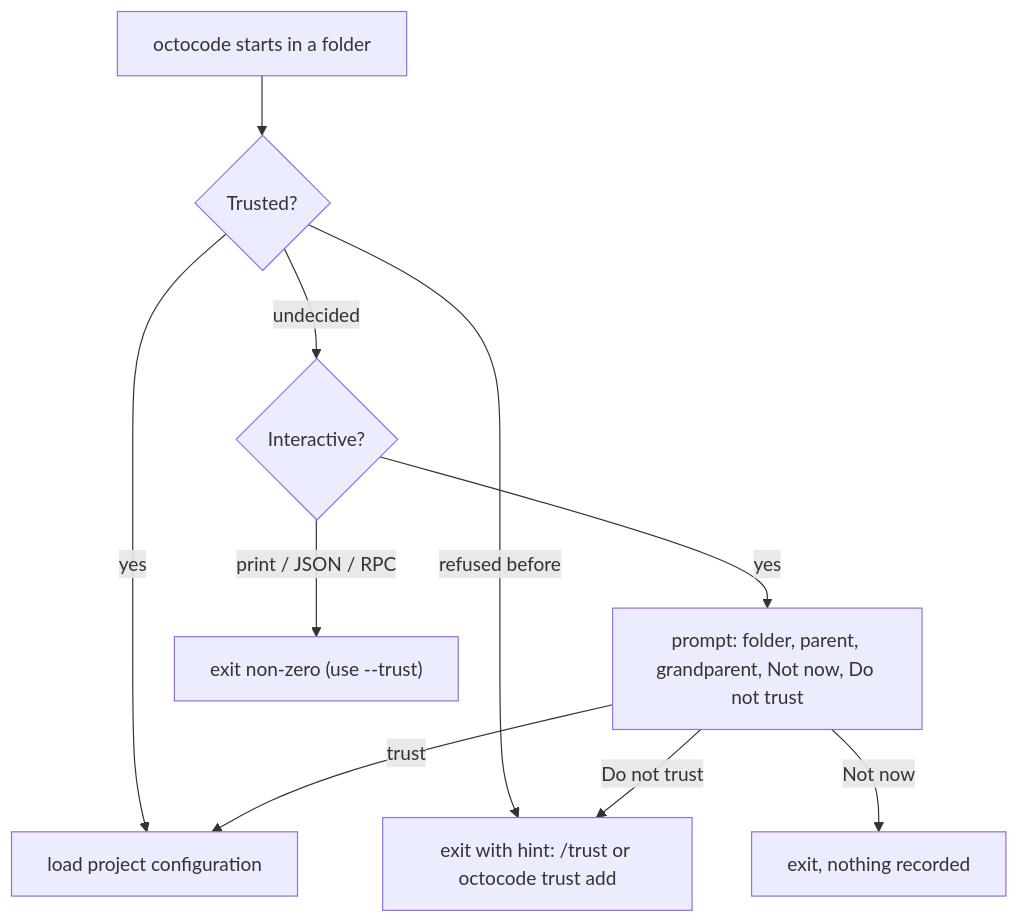
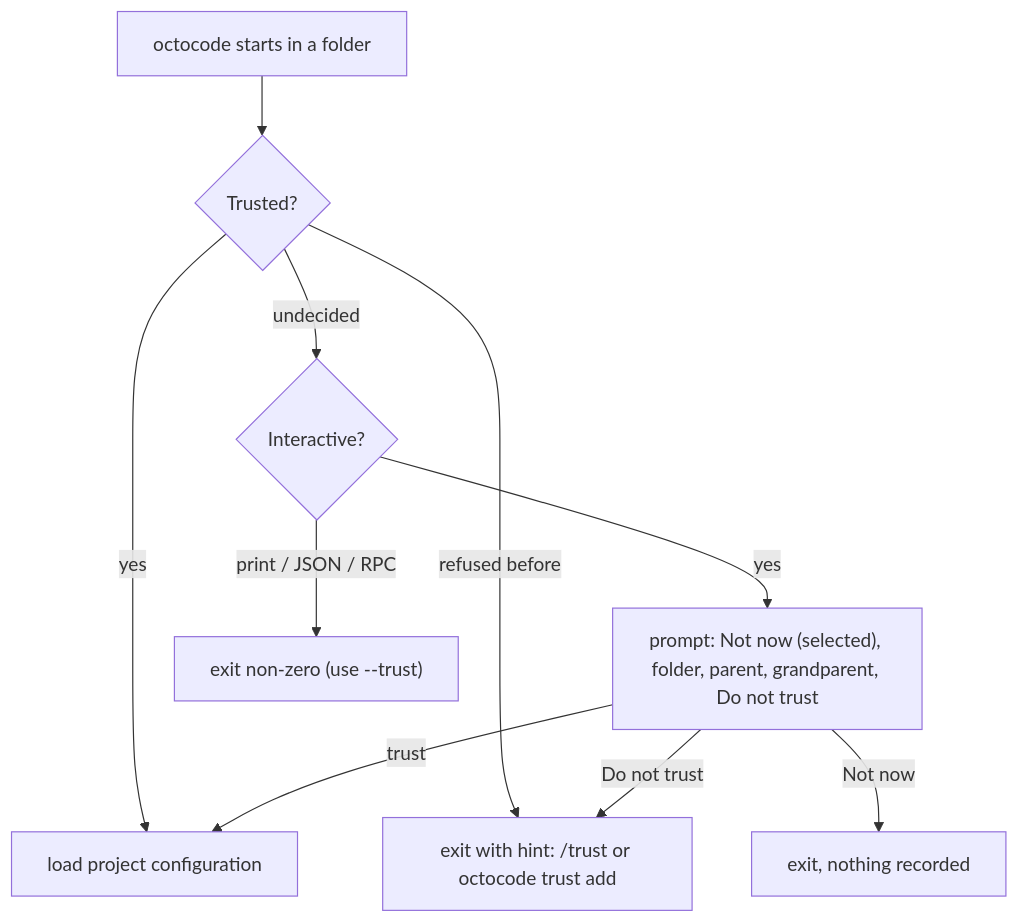
One commit to bgauryy/octocode-coding-agent changed the second of 5 diagrams in packages/coding-agent/docs/configuration.md. Above: the diagram before and after it, drawn with Mermaid. The commit also changed other lines of this file and 2785 other files, not shown here.

````diff
--- a/packages/coding-agent/docs/configuration.md
+++ b/packages/coding-agent/docs/configuration.md
@@ -244,12 +243,12 @@
 ```mermaid
 flowchart TD
     A[octocode starts in a folder] --> B{Trusted?}
     B -- yes --> R[load project configuration]
     B -- refused before --> X["exit with hint: /trust or octocode trust add"]
     B -- undecided --> C{Interactive?}
-    C -- yes --> D["prompt: folder, parent, grandparent, Not now, Do not trust"]
+    C -- yes --> D["prompt: Not now (selected), folder, parent, grandparent, Do not trust"]
     C -- "print / JSON / RPC" --> E["exit non-zero (use --trust)"]
     D -- trust --> R
     D -- Not now --> X2[exit, nothing recorded]
     D -- Do not trust --> X
 ```
````
